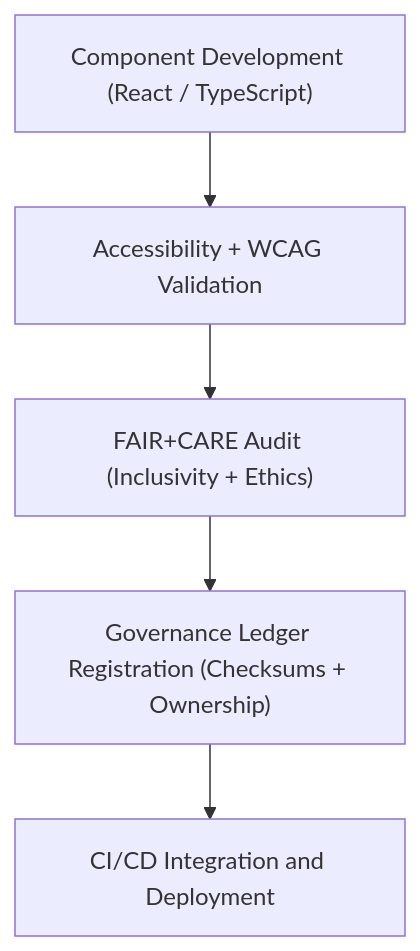
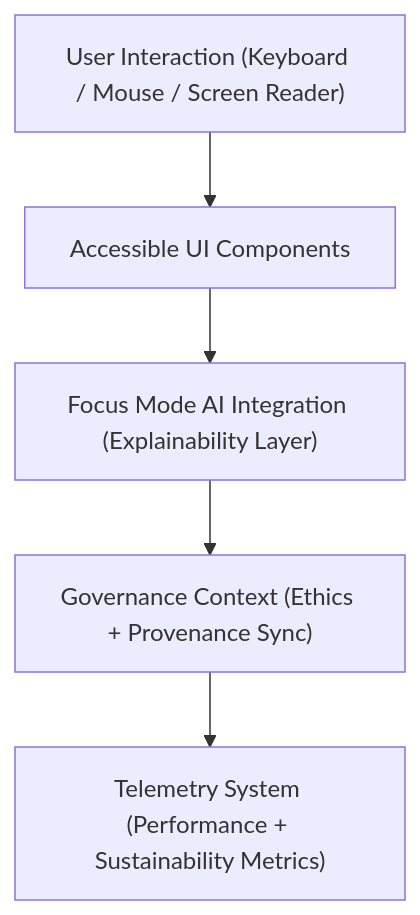
One commit to bartytime4life/Kansas-Frontier-Matrix changed the diagram in web/src/components/README.md. Above: the diagram before and after it, drawn with Mermaid. The commit also changed other lines of this file, not shown here.

First line of the commit message:
Revise README for Web Components Library v9.6.0

````diff
--- a/web/src/components/README.md
+++ b/web/src/components/README.md
@@ -96,7 +92,7 @@
 ```mermaid
 flowchart TD
-  A["Component Development (React / TypeScript)"] --> B["Accessibility + WCAG Validation"]
-  B --> C["FAIR+CARE Audit (Inclusivity + Ethics)"]
-  C --> D["Governance Ledger Registration (Checksums + Ownership)"]
-  D --> E["CI/CD Integration and Deployment"]
+    A["User Interaction (Keyboard / Mouse / Screen Reader)"] --> B["Accessible UI Components"]
+    B --> C["Focus Mode AI Integration (Explainability Layer)"]
+    C --> D["Governance Context (Ethics + Provenance Sync)"]
+    D --> E["Telemetry System (Performance + Sustainability Metrics)"]
 ```
````
